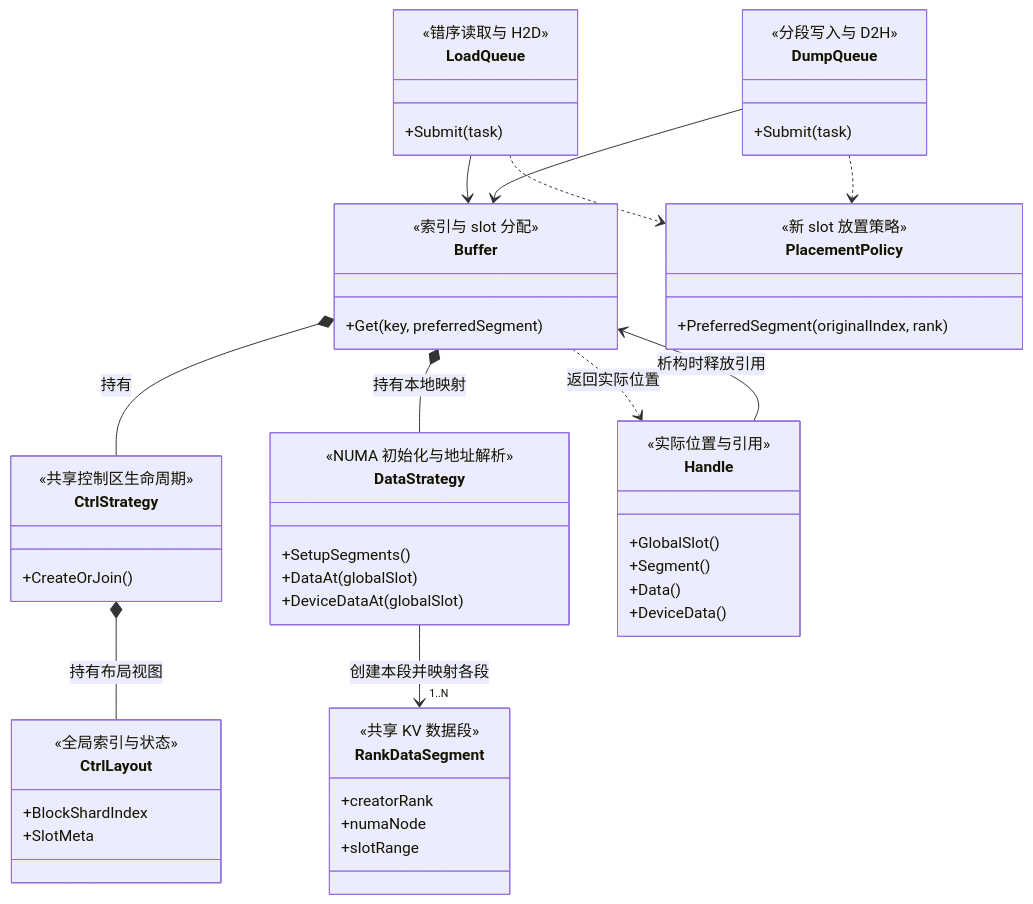
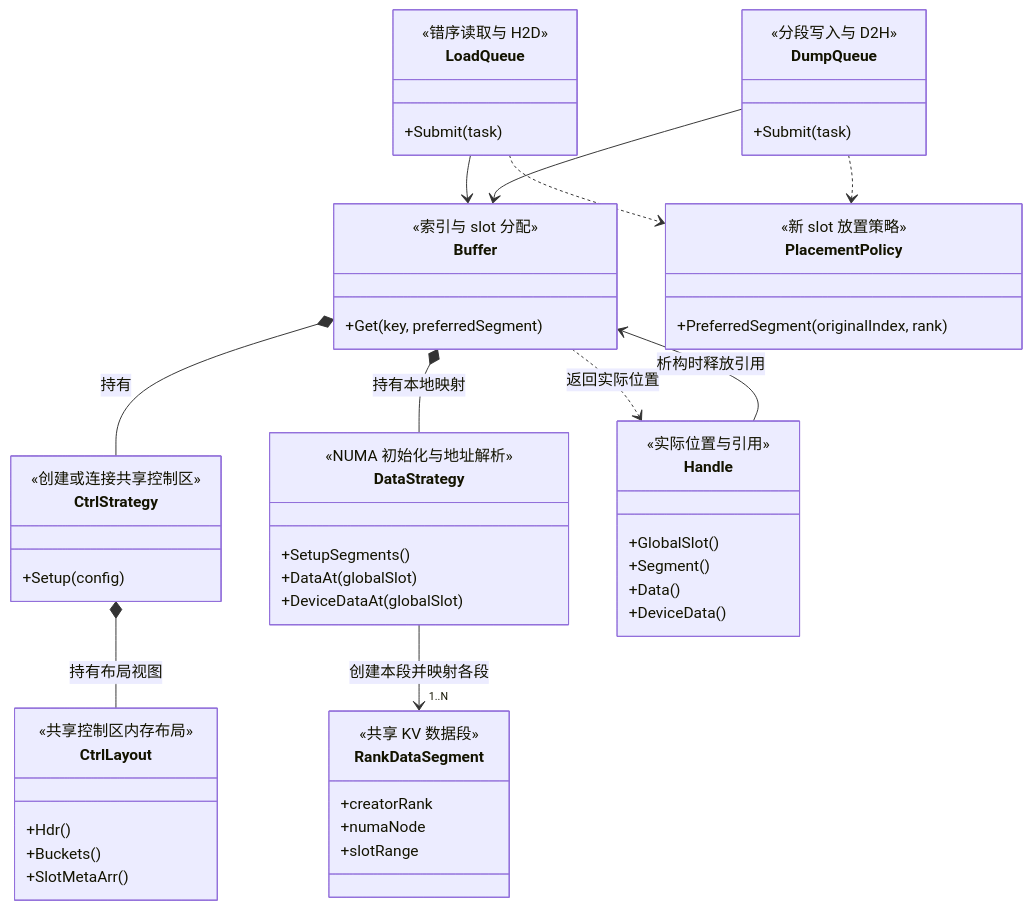
The diagram in docs/source/developer-guide/cache_rank_partitioned_memory_bandwidth.md (NaganooMei/unified-cache-management), drawn with Mermaid before and after one commit. The commit also changed other lines of this file and 1 other file, not shown here.

```diff
--- a/docs/source/developer-guide/cache_rank_partitioned_memory_bandwidth.md
+++ b/docs/source/developer-guide/cache_rank_partitioned_memory_bandwidth.md
@@ -60,58 +66,59 @@
 ~~~mermaid
 classDiagram
     class Buffer {
         <<索引与 slot 分配>>
         +Get(key, preferredSegment)
     }
     class CtrlStrategy {
-        <<共享控制区生命周期>>
-        +CreateOrJoin()
+        <<创建或连接共享控制区>>
+        +Setup(config)
     }
     class CtrlLayout {
-        <<全局索引与状态>>
-        +BlockShardIndex
-        +SlotMeta
+        <<共享控制区内存布局>>
+        +Hdr()
+        +Buckets()
+        +SlotMetaArr()
     }
     class PlacementPolicy {
         <<新 slot 放置策略>>
         +PreferredSegment(originalIndex, rank)
     }
     class DataStrategy {
         <<NUMA 初始化与地址解析>>
         +SetupSegments()
         +DataAt(globalSlot)
         +DeviceDataAt(globalSlot)
     }
     class RankDataSegment {
         <<共享 KV 数据段>>
         +creatorRank
         +numaNode
         +slotRange
     }
     class Handle {
         <<实际位置与引用>>
         +GlobalSlot()
         +Segment()
         +Data()
         +DeviceData()
     }
     class LoadQueue {
         <<错序读取与 H2D>>
         +Submit(task)
     }
     class DumpQueue {
         <<分段写入与 D2H>>
         +Submit(task)
     }
 
     LoadQueue ..> PlacementPolicy
     DumpQueue ..> PlacementPolicy
     LoadQueue --> Buffer
     DumpQueue --> Buffer
     Buffer *-- CtrlStrategy : 持有
     CtrlStrategy *-- CtrlLayout : 持有布局视图
     Buffer *-- DataStrategy : 持有本地映射
     DataStrategy --> "1..N" RankDataSegment : 创建本段并映射各段
     Buffer ..> Handle : 返回实际位置
     Handle --> Buffer : 析构时释放引用
 ~~~
```
